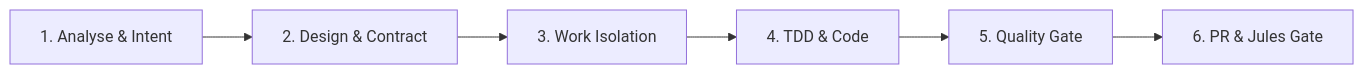
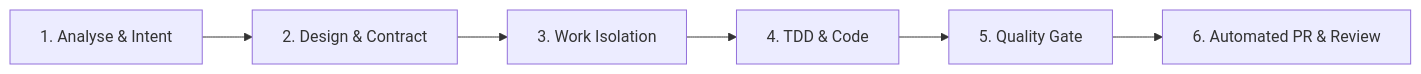
One commit to AndreasBild/card-collection changed the diagram in AGENTS.md. Above: the diagram before and after it, drawn with Mermaid. The commit also changed other lines of this file, not shown here.

Commit message:
docs(governance): update AGENTS.md with automated PR and branch lifecycle rules

````diff
--- a/AGENTS.md
+++ b/AGENTS.md
@@ -67,8 +67,8 @@
 ```mermaid
 graph LR
     S1[1. Analyse & Intent] --> S2[2. Design & Contract]
     S2 --> S3[3. Work Isolation]
     S3 --> S4[4. TDD & Code]
     S4 --> S5[5. Quality Gate]
-    S5 --> S6[6. PR & Jules Gate]
+    S5 --> S6[6. Automated PR & Review]
 ```
````
